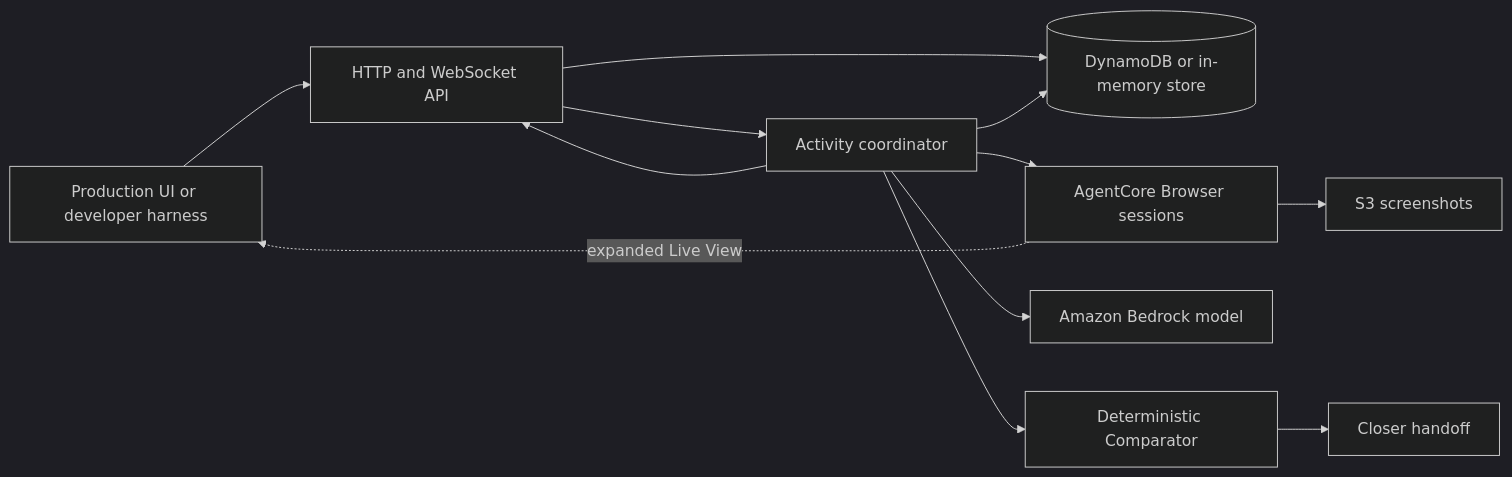
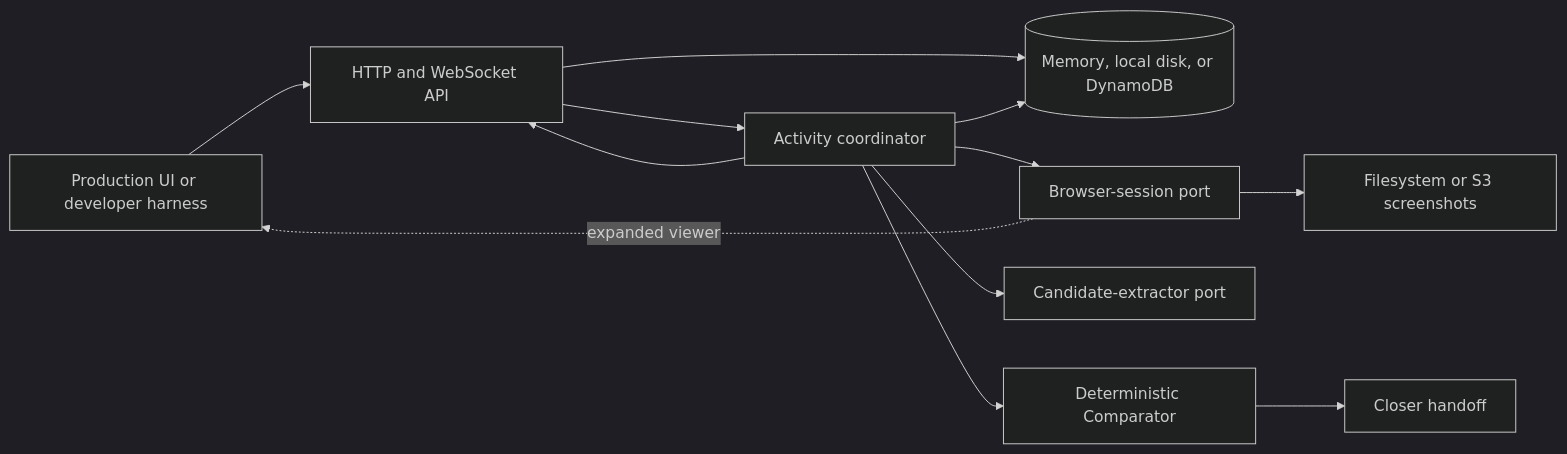
Before and after one commit to itsbrandonaw/straitsxhackathonworkflowagent: the first of 3 diagrams in SYSTEM_DESIGN.md, drawn with Mermaid (dark theme). The commit also changed other lines of this file and 39 other files, not shown here.

````diff
--- a/SYSTEM_DESIGN.md
+++ b/SYSTEM_DESIGN.md
@@ -5,14 +5,14 @@
 ```mermaid
 flowchart LR
   UI[Production UI or developer harness] --> API[HTTP and WebSocket API]
-  API --> DB[(DynamoDB or in-memory store)]
+  API --> DB[(Memory, local disk, or DynamoDB)]
   API --> RT[Activity coordinator]
-  RT --> BR[AgentCore Browser sessions]
-  RT --> FM[Amazon Bedrock model]
+  RT --> BR[Browser-session port]
+  RT --> FM[Candidate-extractor port]
   RT --> CMP[Deterministic Comparator]
-  BR --> SHOT[S3 screenshots]
+  BR --> SHOT[Filesystem or S3 screenshots]
   RT --> DB
   RT --> API
-  BR -. expanded Live View .-> UI
+  BR -. expanded viewer .-> UI
   CMP --> HANDOFF[Closer handoff]
 ```
````
